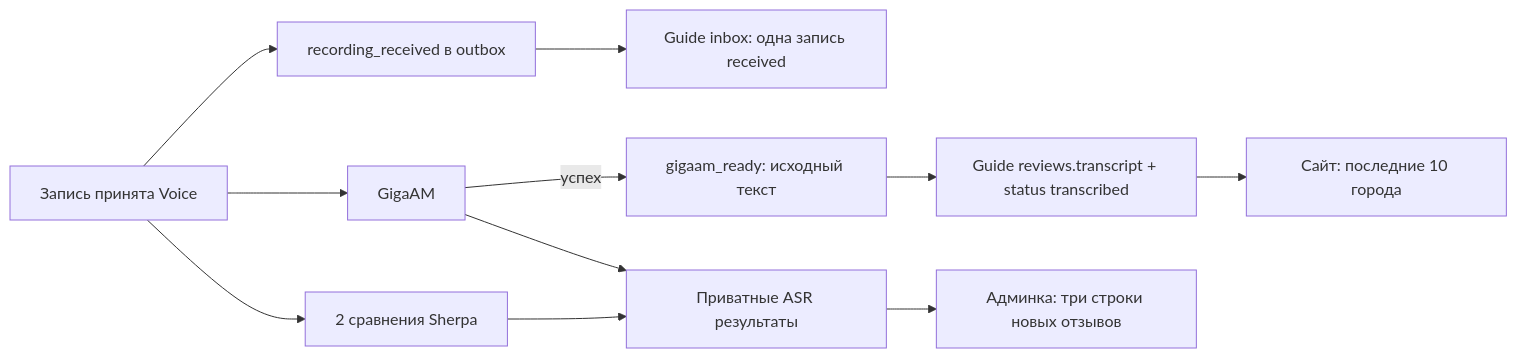
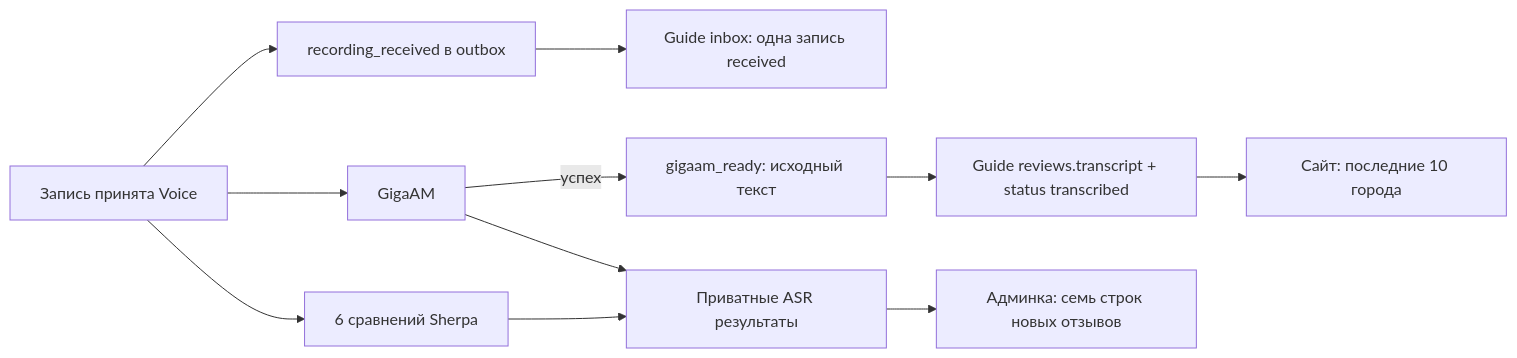
Before and after one commit to involtax/involta-guide: the diagram in docs/ADMIN_REVIEWS.md, drawn with Mermaid. The commit also changed other lines of this file and 33 other files, not shown here.

````diff
--- a/docs/ADMIN_REVIEWS.md
+++ b/docs/ADMIN_REVIEWS.md
@@ -38,13 +38,13 @@
 ```mermaid
 flowchart LR
     A[Запись принята Voice] --> R[recording_received в outbox]
     R --> I[Guide inbox: одна запись received]
     A --> G[GigaAM]
-    A --> S[2 сравнения Sherpa]
+    A --> S[6 сравнений Sherpa]
     G -->|успех| E[gigaam_ready: исходный текст]
     E --> T[Guide reviews.transcript + status transcribed]
     T --> W[Сайт: последние 10 города]
     G --> C[Приватные ASR результаты]
     S --> C
-    C --> UI[Админка: три строки новых отзывов]
+    C --> UI[Админка: семь строк новых отзывов]
 ```
````
